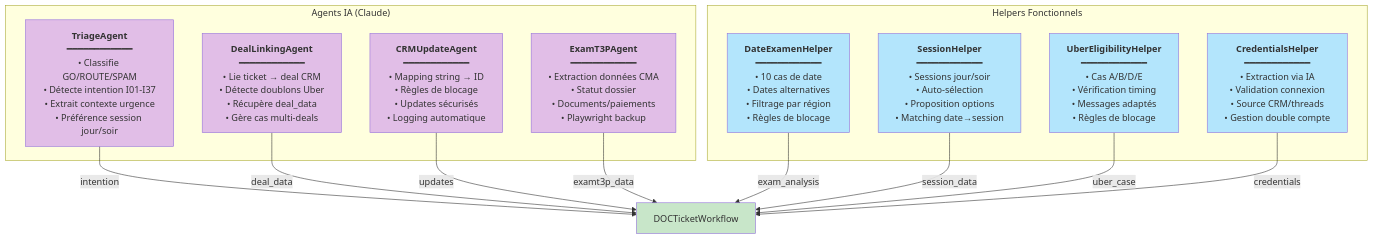
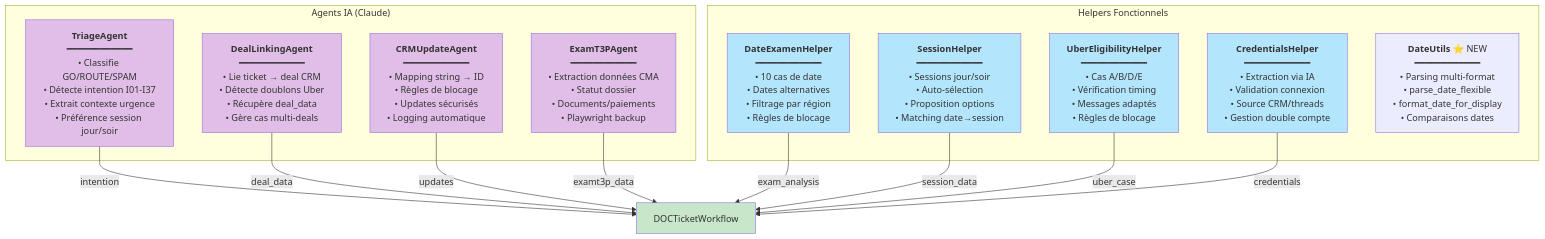
Before and after one commit to fouedh91760/a-level-saver: the sixth of 20 diagrams in docs/architecture-diagrams.md, drawn with Mermaid. The commit also changed other lines of this file and 13 other files, not shown here.

````diff
--- a/docs/architecture-diagrams.md
+++ b/docs/architecture-diagrams.md
@@ -353,42 +354,44 @@
 ```mermaid
 graph TB
     subgraph "Agents IA (Claude)"
         TA[<b>TriageAgent</b><br/>━━━━━━━━━━━━<br/>• Classifie GO/ROUTE/SPAM<br/>• Détecte intention I01-I37<br/>• Extrait contexte urgence<br/>• Préférence session jour/soir]
 
         DLA[<b>DealLinkingAgent</b><br/>━━━━━━━━━━━━<br/>• Lie ticket → deal CRM<br/>• Détecte doublons Uber<br/>• Récupère deal_data<br/>• Gère cas multi-deals]
 
         CUA[<b>CRMUpdateAgent</b><br/>━━━━━━━━━━━━<br/>• Mapping string → ID<br/>• Règles de blocage<br/>• Updates sécurisés<br/>• Logging automatique]
 
         ETA[<b>ExamT3PAgent</b><br/>━━━━━━━━━━━━<br/>• Extraction données CMA<br/>• Statut dossier<br/>• Documents/paiements<br/>• Playwright backup]
     end
 
     subgraph "Helpers Fonctionnels"
         DEH[<b>DateExamenHelper</b><br/>━━━━━━━━━━━━<br/>• 10 cas de date<br/>• Dates alternatives<br/>• Filtrage par région<br/>• Règles de blocage]
 
         SH[<b>SessionHelper</b><br/>━━━━━━━━━━━━<br/>• Sessions jour/soir<br/>• Auto-sélection<br/>• Proposition options<br/>• Matching date→session]
 
         UEH[<b>UberEligibilityHelper</b><br/>━━━━━━━━━━━━<br/>• Cas A/B/D/E<br/>• Vérification timing<br/>• Messages adaptés<br/>• Règles de blocage]
 
         ECH[<b>CredentialsHelper</b><br/>━━━━━━━━━━━━<br/>• Extraction via IA<br/>• Validation connexion<br/>• Source CRM/threads<br/>• Gestion double compte]
+
+        DUH[<b>DateUtils</b> ⭐ NEW<br/>━━━━━━━━━━━━<br/>• Parsing multi-format<br/>• parse_date_flexible<br/>• format_date_for_display<br/>• Comparaisons dates]
     end
 
     TA --> |intention| WF[DOCTicketWorkflow]
     DLA --> |deal_data| WF
     CUA --> |updates| WF
     ETA --> |examt3p_data| WF
 
     DEH --> |exam_analysis| WF
     SH --> |session_data| WF
     UEH --> |uber_case| WF
     ECH --> |credentials| WF
 
     style TA fill:#e1bee7
     style DLA fill:#e1bee7
     style CUA fill:#e1bee7
     style ETA fill:#e1bee7
     style DEH fill:#b3e5fc
     style SH fill:#b3e5fc
     style UEH fill:#b3e5fc
     style ECH fill:#b3e5fc
     style WF fill:#c8e6c9
 ```
````
